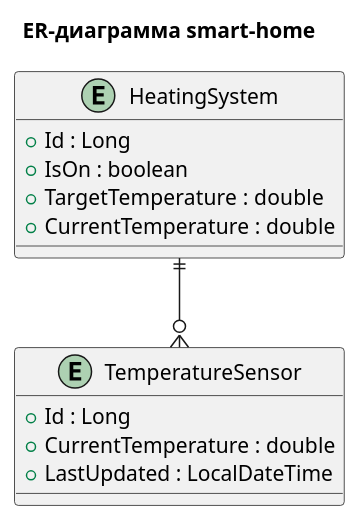
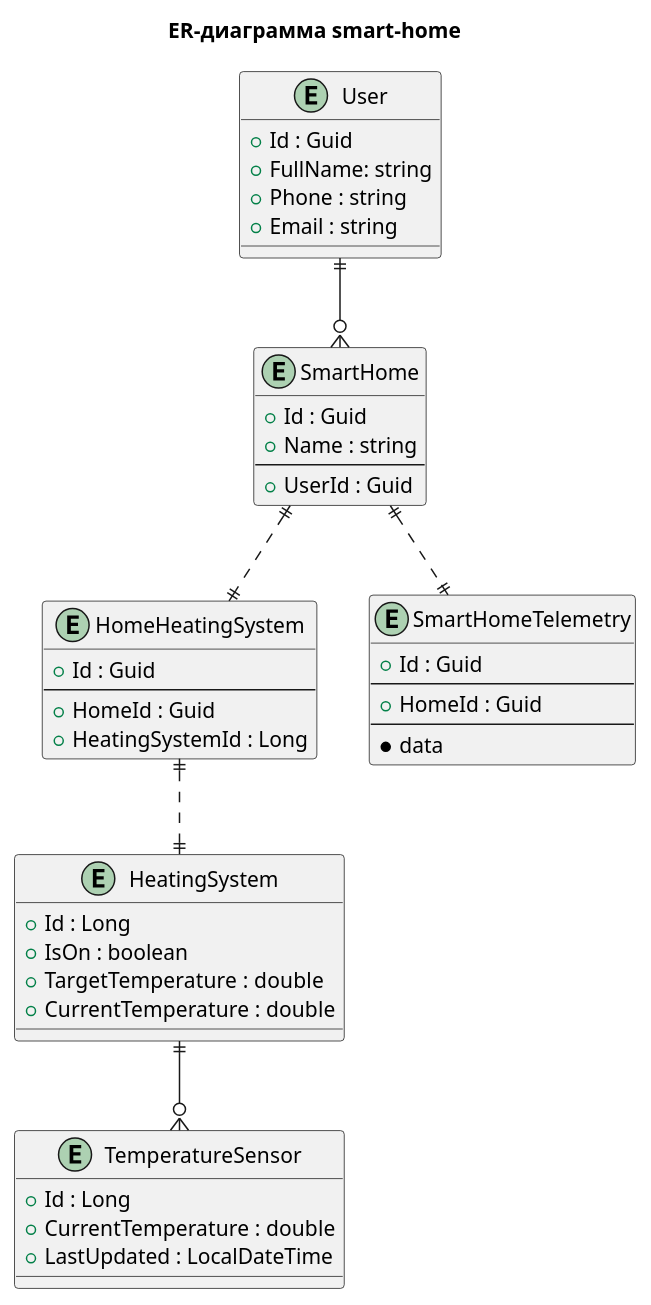
The diagram in Tasks/Task1_3/Task1_3.puml (dzmnd/architecture-sprint-3), drawn with PlantUML before and after one commit. The commit also changed 1 other file, not shown here.

```diff
--- a/Tasks/Task1_3/Task1_3.puml
+++ b/Tasks/Task1_3/Task1_3.puml
@@ -1,29 +1,62 @@
 @startuml
 
 title ER-диаграмма smart-home
+
+entity "User" as User {
+    + Id : Guid
+    + FullName: string
+    + Phone : string
+    + Email : string
+}
+
+entity "SmartHome" as SmartHome {
+    + Id : Guid
+    + Name : string
+    --
+    + UserId : Guid
+}
 
 entity "HeatingSystem" as HeatingSystem {
     + Id : Long
     + IsOn : boolean
     + TargetTemperature : double
     + CurrentTemperature : double
 }
 
 entity "TemperatureSensor" as TemperatureSensor {
     + Id : Long
     + CurrentTemperature : double
     + LastUpdated : LocalDateTime
 }
 
+entity "HomeHeatingSystem" as HomeHeatingSystem {
+    + Id : Guid
+    --
+    + HomeId : Guid
+    + HeatingSystemId : Long
+}
+
+entity SmartHomeTelemetry {
+    + Id : Guid
+    --
+    + HomeId : Guid
+    --
+    * data
+}
+
+User ||--o{ SmartHome
+SmartHome ||..|| HomeHeatingSystem
+SmartHome ||..|| SmartHomeTelemetry
+HomeHeatingSystem ||..|| HeatingSystem
 HeatingSystem ||--o{ TemperatureSensor
 
 ' Display settings
 skinparam entity {
     BackgroundColor #E0E0E0
     BorderColor #000000
 }
 skinparam rectangle {
     BackgroundColor #FFFFFF
 }
 
 @enduml
```
